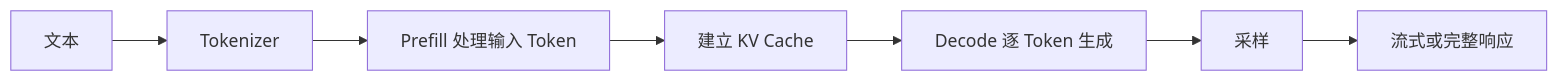
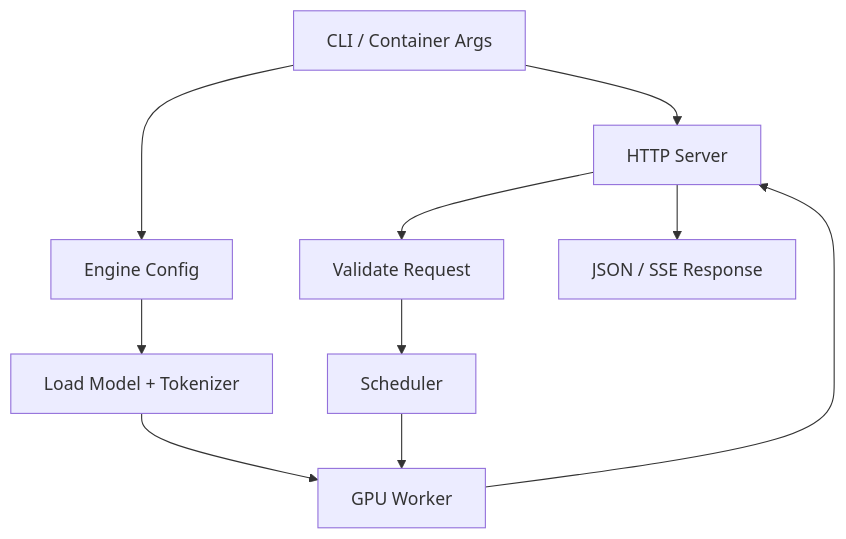
The diagram in docs/devops/vllm-openai-compatible-serving.md (upJiang/jiang-blog-vitepress), drawn with Mermaid before and after one commit. The commit also changed other lines of this file and 425 other files, not shown here.

````diff
--- a/docs/devops/vllm-openai-compatible-serving.md
+++ b/docs/devops/vllm-openai-compatible-serving.md
@@ -59,9 +33,12 @@
 ```mermaid
-flowchart LR
-  T[文本] --> Z[Tokenizer]
-  Z --> P[Prefill 处理输入 Token]
-  P --> K[建立 KV Cache]
-  K --> D[Decode 逐 Token 生成]
-  D --> S[采样]
-  S --> O[流式或完整响应]
+flowchart TD
+  C[CLI / Container Args] --> H[HTTP Server]
+  C --> E[Engine Config]
+  E --> M[Load Model + Tokenizer]
+  M --> W[GPU Worker]
+  H --> V[Validate Request]
+  V --> S[Scheduler]
+  S --> W
+  W --> H
+  H --> R[JSON / SSE Response]
 ```
````
